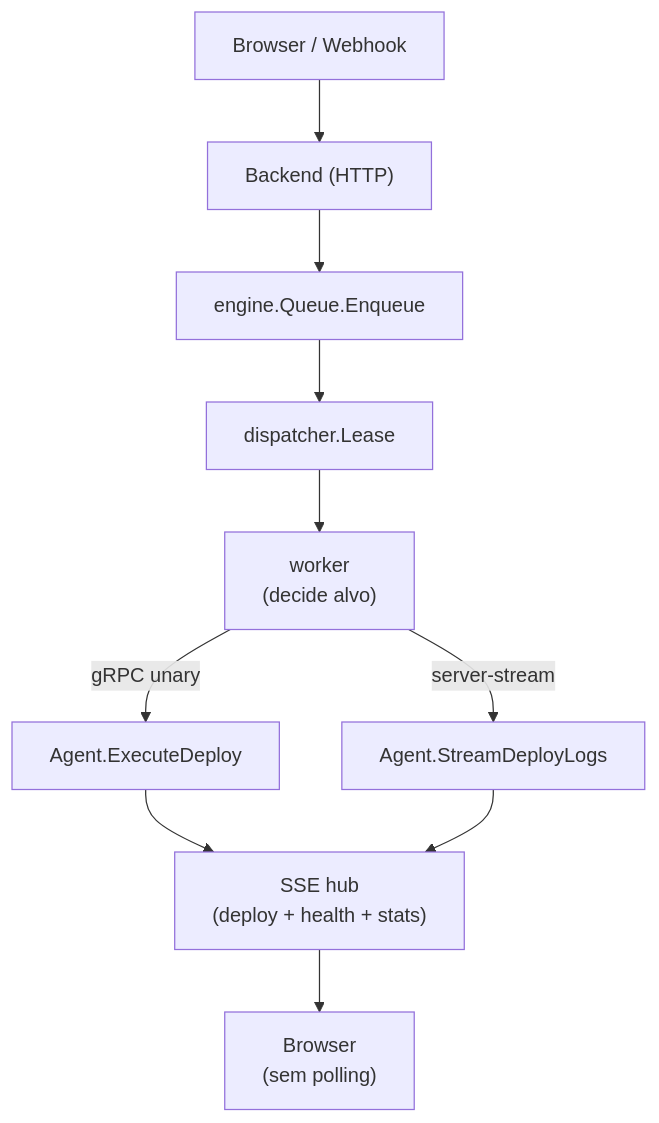
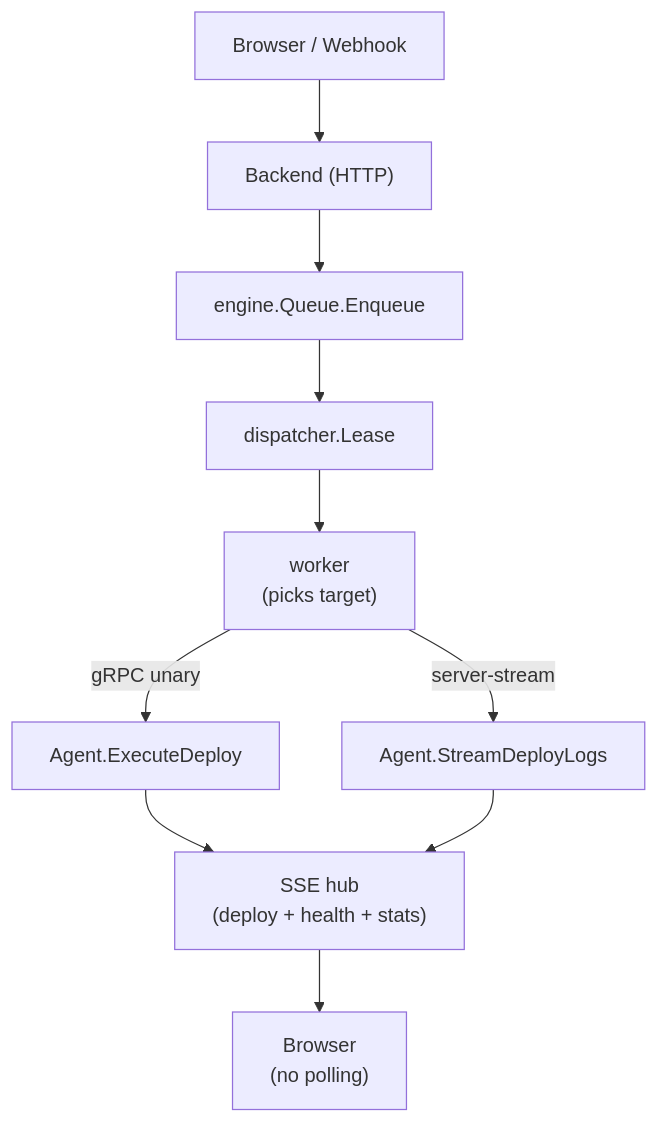
The second of 2 diagrams in docs/REMOTE_SSH_DEPLOY.md (rafaeljfec2/connexto-vps-deploy-paas), drawn with Mermaid before and after one commit. The commit also changed other lines of this file and 11 other files, not shown here.

````diff
--- a/docs/REMOTE_SSH_DEPLOY.md
+++ b/docs/REMOTE_SSH_DEPLOY.md
@@ -118,12 +115,12 @@
 ```mermaid
 flowchart TB
     Trigger["Browser / Webhook"] --> Backend["Backend (HTTP)"]
     Backend --> Enqueue["engine.Queue.Enqueue"]
     Enqueue --> Lease["dispatcher.Lease"]
-    Lease --> Worker["worker<br/>(decide alvo)"]
+    Lease --> Worker["worker<br/>(picks target)"]
     Worker -->|gRPC unary| ExecuteDeploy["Agent.ExecuteDeploy"]
     Worker -->|server-stream| StreamLogs["Agent.StreamDeployLogs"]
     ExecuteDeploy --> SSE["SSE hub<br/>(deploy + health + stats)"]
     StreamLogs --> SSE
-    SSE --> Browser["Browser<br/>(sem polling)"]
+    SSE --> Browser["Browser<br/>(no polling)"]
 ```
````
